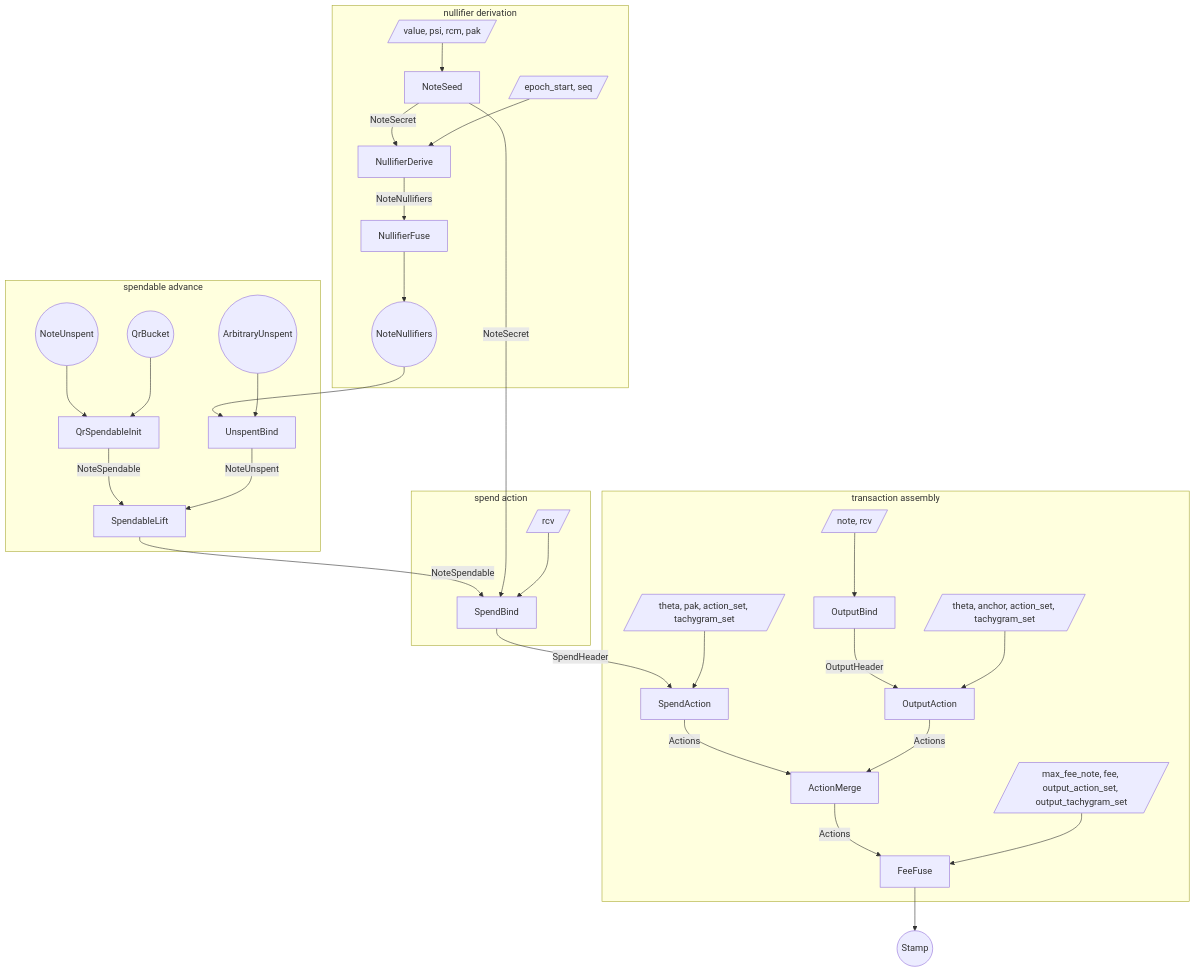
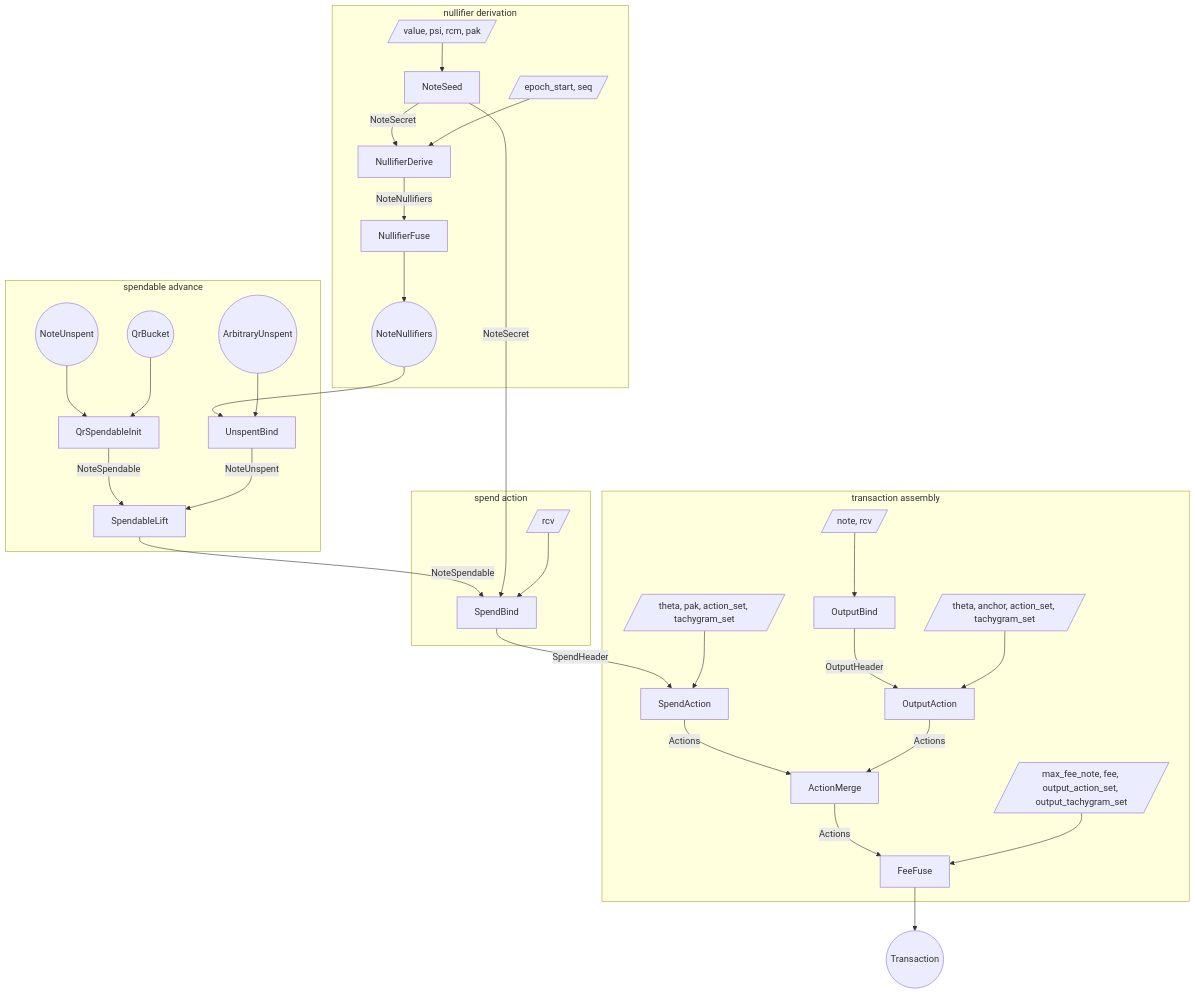
The first of 3 diagrams in book/src/proof-tree.md (tachyon-zcash/tachyon), drawn with Mermaid before and after one commit. The commit also changed other lines of this file and 19 other files, not shown here.

First line of the commit message:
refactor(stamp): name the transaction proof

````diff
--- a/book/src/proof-tree.md
+++ b/book/src/proof-tree.md
@@ -434,67 +434,67 @@
 ```mermaid
 flowchart TB
   subgraph derive [nullifier derivation]
     w_seed[/value, psi, rcm, pak/]
     s_seed[NoteSeed]
     w_window[/epoch_start, seq/]
     s_window[NullifierDerive]
     s_dfuse[NullifierFuse]
     nf_range((NoteNullifiers))
   end
 
   subgraph spendable [spendable advance]
     bucket_in((QrBucket))
     creation_in((NoteUnspent))
     s_init[QrSpendableInit]
     unspent_in((ArbitraryUnspent))
     s_unspentbind[UnspentBind]
     s_lift[SpendableLift]
   end
 
   subgraph spend_stamp [spend action]
     w_bind[/rcv/]
     s_bind[SpendBind]
   end
 
   subgraph merge [transaction assembly]
     w_stamp[/theta, pak, action_set, tachygram_set/]
     s_spendstamp[SpendAction]
     w_outbind[/note, rcv/]
     s_outbind[OutputBind]
     w_output[/theta, anchor, action_set, tachygram_set/]
     s_output[OutputAction]
     s_merge[ActionMerge]
     w_fee[/max_fee_note, fee, output_action_set, output_tachygram_set/]
     s_fee[FeeFuse]
   end
 
-  stamp_out((Stamp))
+  stamp_out((Transaction))
 
   w_seed --> s_seed
   s_seed -->|NoteSecret| s_window
   w_window --> s_window
   s_window -->|NoteNullifiers| s_dfuse
   s_dfuse --> nf_range
 
   creation_in --> s_init
   bucket_in --> s_init
   nf_range --> s_unspentbind
   unspent_in --> s_unspentbind
   s_init -->|NoteSpendable| s_lift
   s_unspentbind -->|NoteUnspent| s_lift
   s_lift -->|NoteSpendable| s_bind
 
   s_seed -->|NoteSecret| s_bind
   w_bind --> s_bind
   s_bind -->|SpendHeader| s_spendstamp
   w_stamp --> s_spendstamp
 
   w_outbind --> s_outbind
   s_outbind -->|OutputHeader| s_output
   w_output --> s_output
   s_spendstamp -->|Actions| s_merge
   s_output -->|Actions| s_merge
   s_merge -->|Actions| s_fee
   w_fee --> s_fee
   s_fee --> stamp_out
 ```
````
